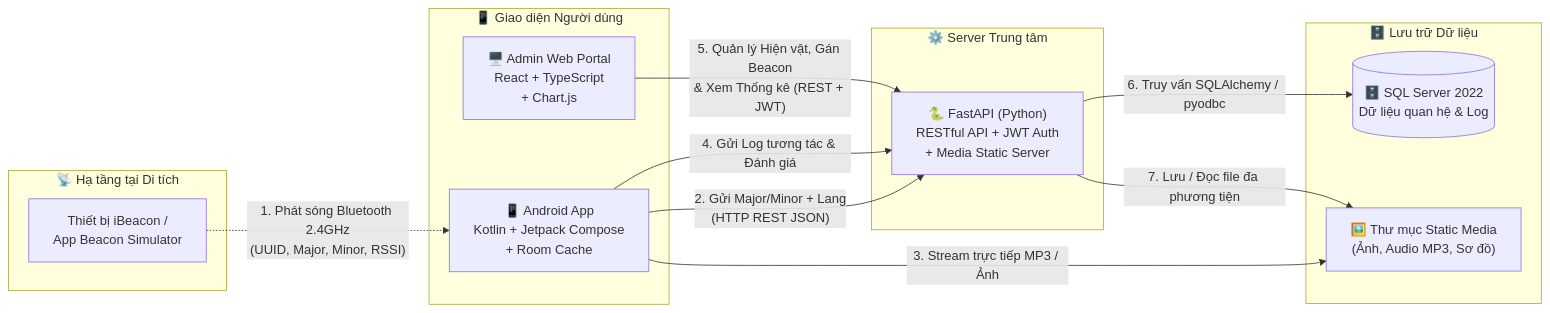
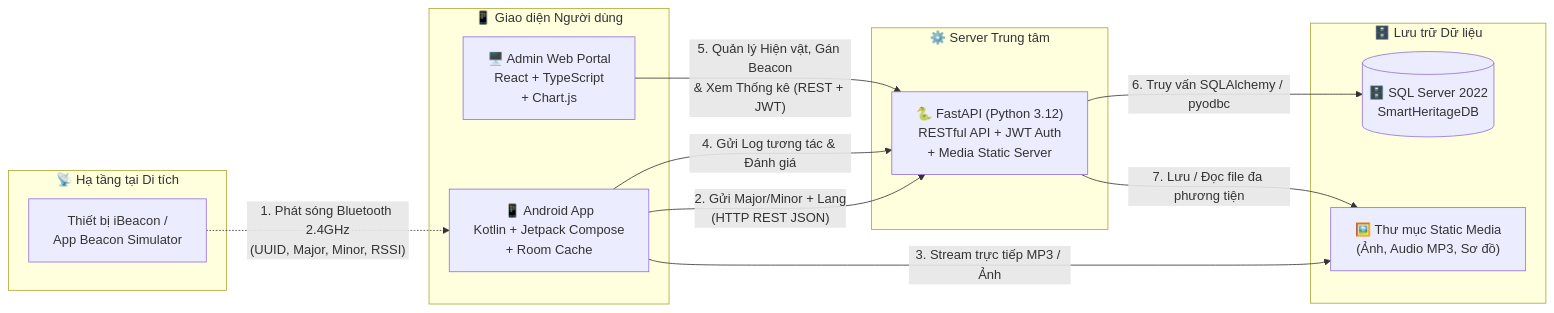
Before and after one commit to KhiemPham1512/HQTCSDL: the second of 4 diagrams in README.md, drawn with Mermaid. The commit also changed other lines of this file and 6 other files, not shown here.

````diff
--- a/README.md
+++ b/README.md
@@ -66,29 +66,29 @@
 ```mermaid
 flowchart LR
     subgraph Hardware["📡 Hạ tầng tại Di tích"]
         BLE["Thiết bị iBeacon /<br/>App Beacon Simulator"]
     end
 
     subgraph Clients["📱 Giao diện Người dùng"]
         APP["📱 Android App<br/>Kotlin + Jetpack Compose<br/>+ Room Cache"]
         WEB["🖥️ Admin Web Portal<br/>React + TypeScript<br/>+ Chart.js"]
     end
 
     subgraph Backend["⚙️ Server Trung tâm"]
-        API["🐍 FastAPI (Python)<br/>RESTful API + JWT Auth<br/>+ Media Static Server"]
+        API["🐍 FastAPI (Python 3.12)<br/>RESTful API + JWT Auth<br/>+ Media Static Server"]
     end
 
     subgraph DataLayer["🗄️ Lưu trữ Dữ liệu"]
-        DB[("🗄️ SQL Server 2022<br/>Dữ liệu quan hệ & Log")]
+        DB[("🗄️ SQL Server 2022<br/>SmartHeritageDB")]
         FILES["🖼️ Thư mục Static Media<br/>(Ảnh, Audio MP3, Sơ đồ)"]
     end
 
     BLE -. "1. Phát sóng Bluetooth 2.4GHz<br/>(UUID, Major, Minor, RSSI)" .-> APP
     APP -- "2. Gửi Major/Minor + Lang<br/>(HTTP REST JSON)" --> API
     APP -- "3. Stream trực tiếp MP3 / Ảnh" --> FILES
     APP -- "4. Gửi Log tương tác & Đánh giá" --> API
 
     WEB -- "5. Quản lý Hiện vật, Gán Beacon<br/>& Xem Thống kê (REST + JWT)" --> API
     API -- "6. Truy vấn SQLAlchemy / pyodbc" --> DB
     API -- "7. Lưu / Đọc file đa phương tiện" --> FILES
 ```
````
